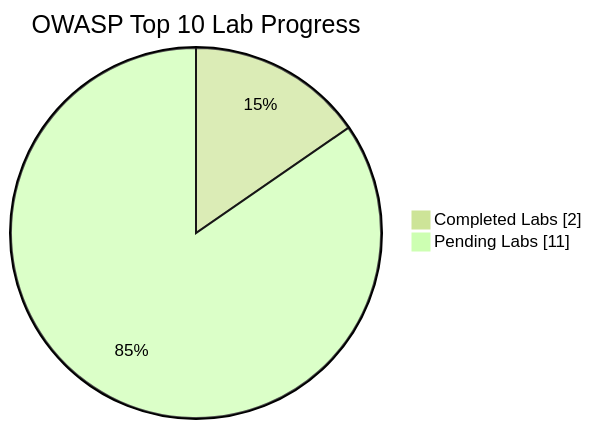
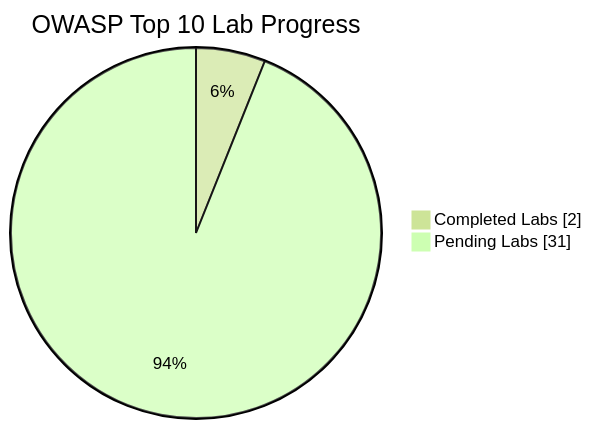
One commit to Nish344/owasp-top10-web-security changed the diagram in README.md. Above: the diagram before and after it, drawn with Mermaid (forest theme). The commit also changed other lines of this file and 1 other file, not shown here.

````diff
--- a/README.md
+++ b/README.md
@@ -12,6 +12,6 @@
 ```mermaid
 pie showData
   title OWASP Top 10 Lab Progress
   "Completed Labs" : 2
-  "Pending Labs" : 11
+  "Pending Labs" : 31
 ```
````
